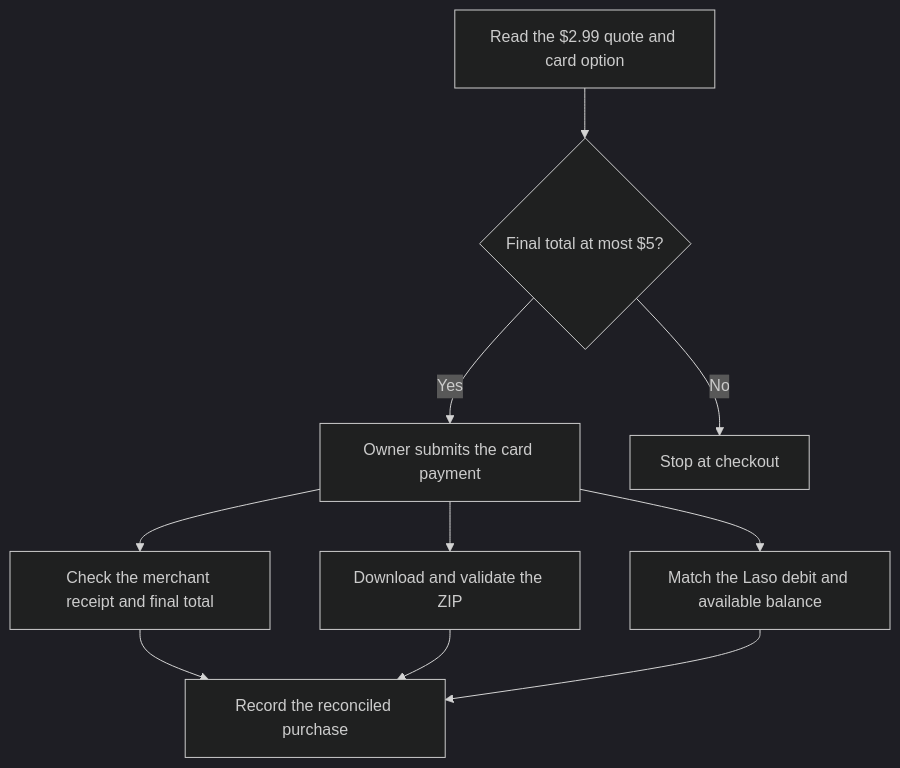
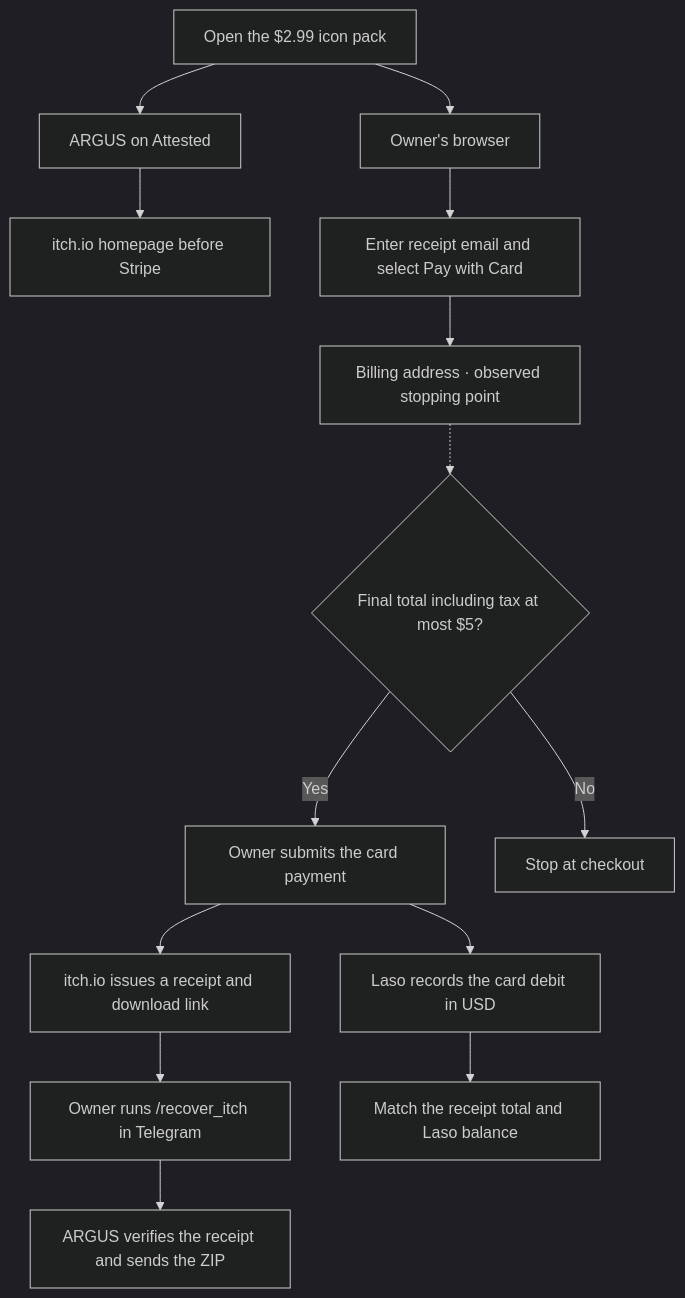
Before and after one commit to alexar76/argus: the second of 2 diagrams in docs/use-case-laso-prepaid-card.md, drawn with Mermaid (dark theme). The commit also changed other lines of this file and 19 other files, not shown here.

````diff
--- a/docs/use-case-laso-prepaid-card.md
+++ b/docs/use-case-laso-prepaid-card.md
@@ -43,12 +45,16 @@
 ```mermaid
 flowchart TD
-    Q["Read the $2.99 quote and card option"] --> A{"Final total at most $5?"}
-    A -->|Yes| P["Owner submits the card payment"]
-    A -->|No| S["Stop at checkout"]
-    P --> R["Check the merchant receipt and final total"]
-    P --> Z["Download and validate the ZIP"]
-    P --> C["Match the Laso debit and available balance"]
-    R --> V["Record the reconciled purchase"]
-    Z --> V
-    C --> V
+    Q["Open the $2.99 icon pack"] --> A["ARGUS on Attested"]
+    Q --> B["Owner's browser"]
+    A --> H["itch.io homepage before Stripe"]
+    B --> E["Enter receipt email and select Pay with Card"]
+    E --> F["Billing address · observed stopping point"]
+    F -.-> G{"Final total including tax at most $5?"}
+    G -->|Yes| P["Owner submits the card payment"]
+    G -->|No| S["Stop at checkout"]
+    P --> R["itch.io issues a receipt and download link"]
+    P --> C["Laso records the card debit in USD"]
+    R --> T["Owner runs /recover_itch in Telegram"]
+    T --> Z["ARGUS verifies the receipt and sends the ZIP"]
+    C --> V["Match the receipt total and Laso balance"]
 ```
````
